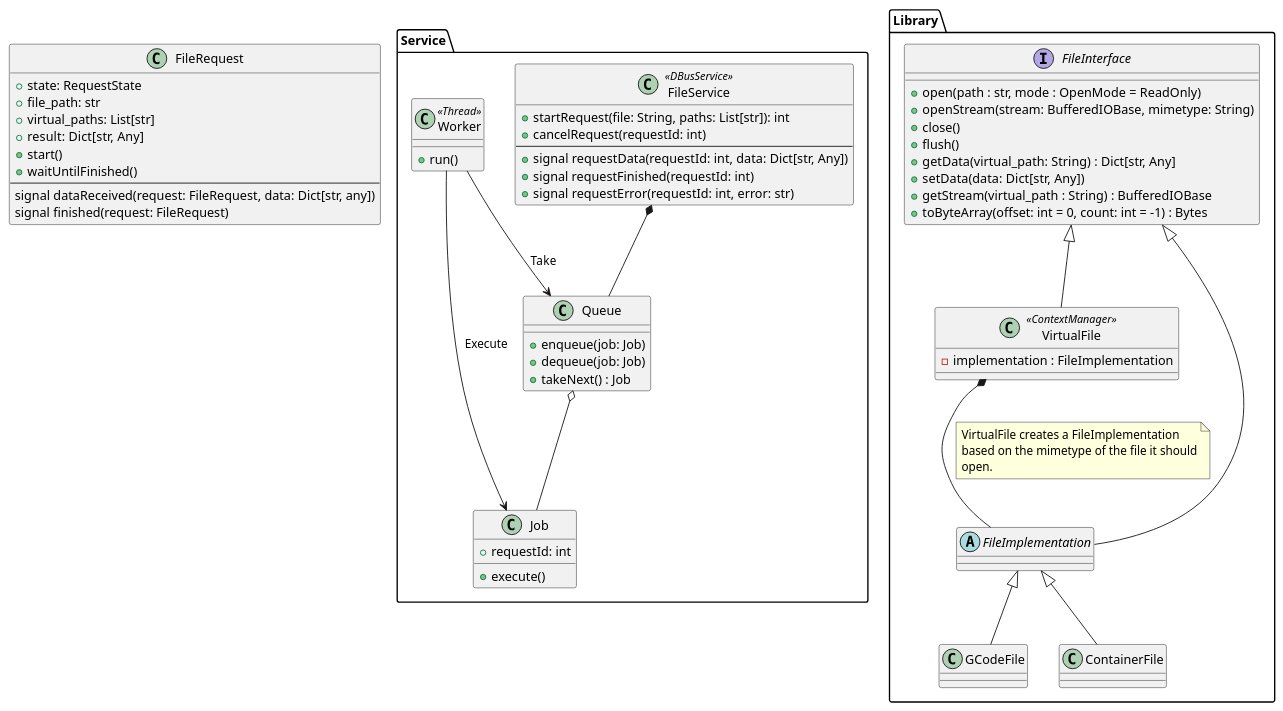
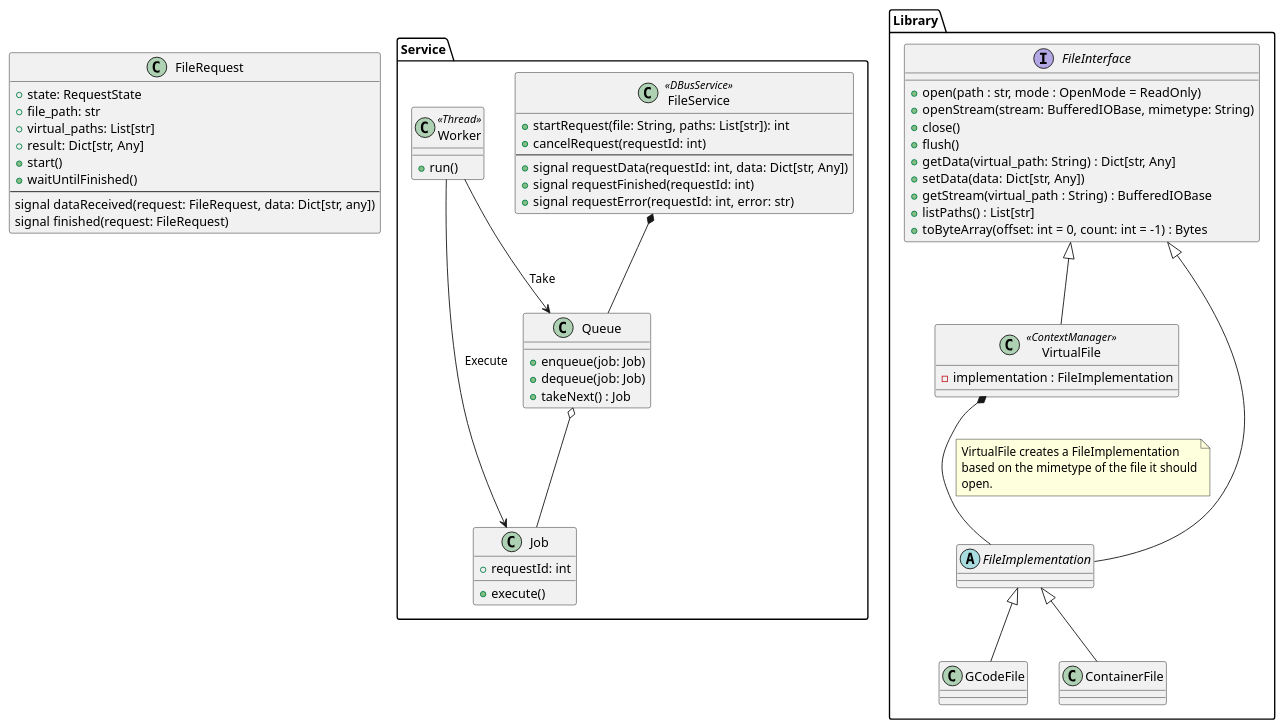
The diagram in docs/class_diagram.plantuml (Ultimaker/libCharon), drawn with PlantUML before and after one commit. The commit also changed 2 other files, not shown here.

```diff
--- a/docs/class_diagram.plantuml
+++ b/docs/class_diagram.plantuml
@@ -1,82 +1,83 @@
 @startuml
 
 package Service {
     class FileService << DBusService >> {
         +startRequest(file: String, paths: List[str]): int
         +cancelRequest(requestId: int)
         ---
         +signal requestData(requestId: int, data: Dict[str, Any])
         +signal requestFinished(requestId: int)
         +signal requestError(requestId: int, error: str)
     }
 
     class Queue {
         +enqueue(job: Job)
         +dequeue(job: Job)
         +takeNext() : Job
     }
 
     class Worker << Thread >> {
         +run()
     }
 
     class Job {
         +execute()
         +requestId: int
     }
 
     FileService *-- Queue
 
     Queue o-- Job
 
     Worker --> Queue : Take
     Worker --> Job : Execute
 }
 
 package Library {
 
     interface FileInterface {
         +open(path : str, mode : OpenMode = ReadOnly)
         +openStream(stream: BufferedIOBase, mimetype: String)
         +close()
         +flush()
         +getData(virtual_path: String) : Dict[str, Any]
         +setData(data: Dict[str, Any])
         +getStream(virtual_path : String) : BufferedIOBase
+        +listPaths() : List[str]
         +toByteArray(offset: int = 0, count: int = -1) : Bytes
     }
 
     class VirtualFile << ContextManager >> {
         -implementation : FileImplementation
     }
 
     abstract class FileImplementation {
     }
 
     FileInterface <|-- VirtualFile
     FileInterface <|-- FileImplementation
 
     VirtualFile *-- FileImplementation
     note on link
         VirtualFile creates a FileImplementation
         based on the mimetype of the file it should
         open.
     end note
 
     FileImplementation <|-- GCodeFile
     FileImplementation <|-- ContainerFile
 }
 
 class FileRequest {
     +state: RequestState
     +file_path: str
     +virtual_paths: List[str]
     +result: Dict[str, Any]
     +start()
     +waitUntilFinished()
     ---
     signal dataReceived(request: FileRequest, data: Dict[str, any])
     signal finished(request: FileRequest)
 }
 
 @enduml
```
